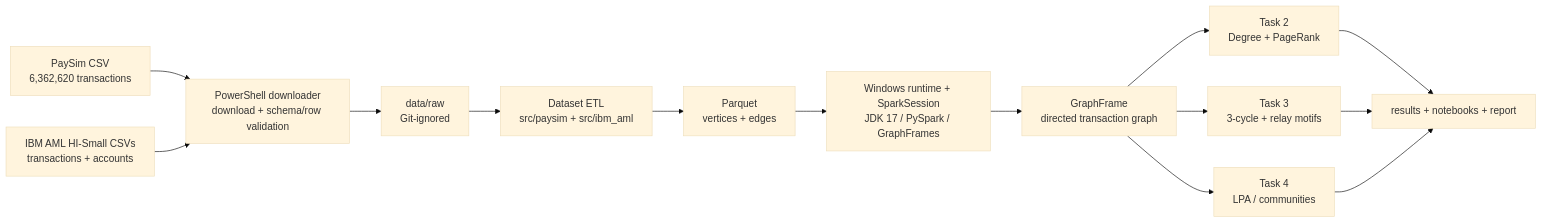
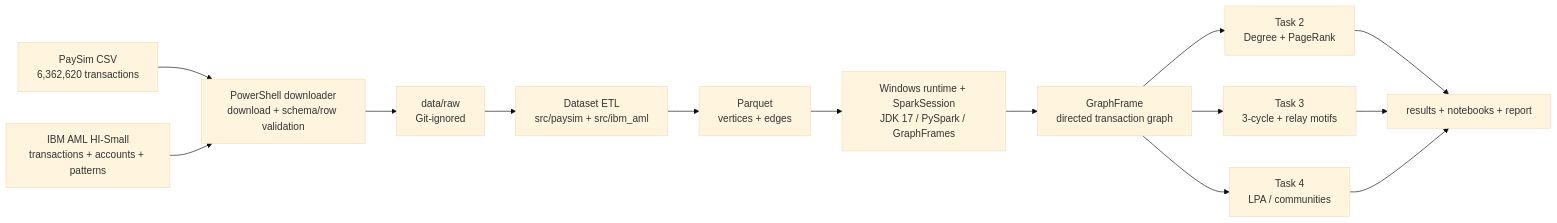
The diagram in README.md (harvey105/graphguard-amls-detection), drawn with Mermaid (base theme) before and after one commit. The commit also changed other lines of this file and 4 other files, not shown here.

````diff
--- a/README.md
+++ b/README.md
@@ -7,22 +7,22 @@
 ```mermaid
 flowchart LR
     P["PaySim CSV<br/>6,362,620 transactions"]
-    I["IBM AML HI-Small CSVs<br/>transactions + accounts"]
+    I["IBM AML HI-Small<br/>transactions + accounts + patterns"]
     D["PowerShell downloader<br/>download + schema/row validation"]
     R["data/raw<br/>Git-ignored"]
     E["Dataset ETL<br/>src/paysim + src/ibm_aml"]
     Q["Parquet<br/>vertices + edges"]
     S["Windows runtime + SparkSession<br/>JDK 17 / PySpark / GraphFrames"]
     G["GraphFrame<br/>directed transaction graph"]
     T2["Task 2<br/>Degree + PageRank"]
     T3["Task 3<br/>3-cycle + relay motifs"]
     T4["Task 4<br/>LPA / communities"]
     O["results + notebooks + report"]
 
     P --> D
     I --> D
     D --> R --> E --> Q --> S --> G
     G --> T2 --> O
     G --> T3 --> O
     G --> T4 --> O
 ```
````
